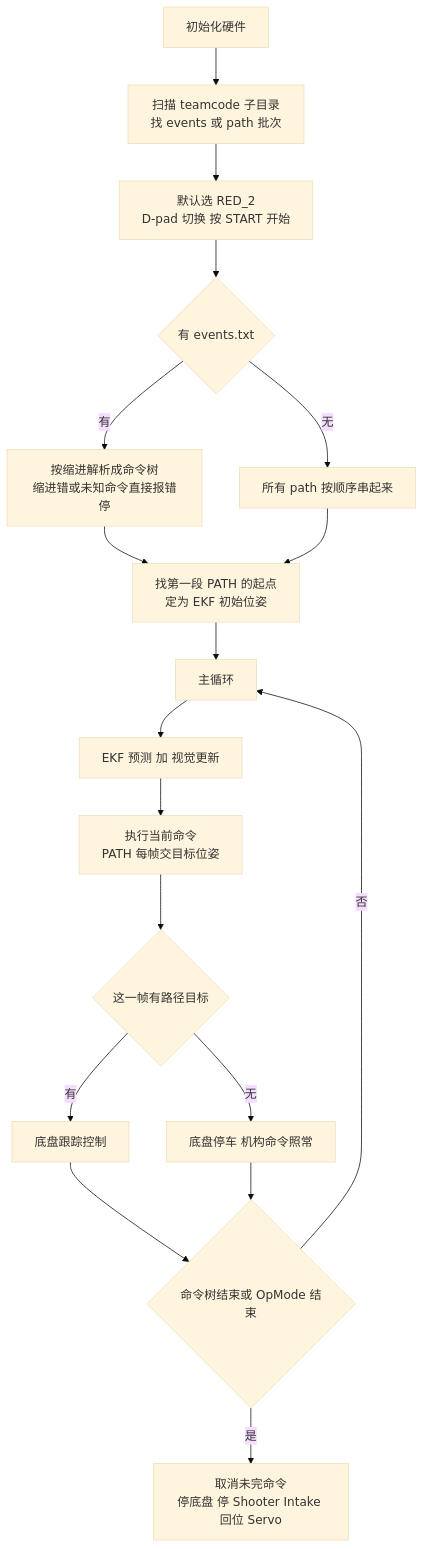
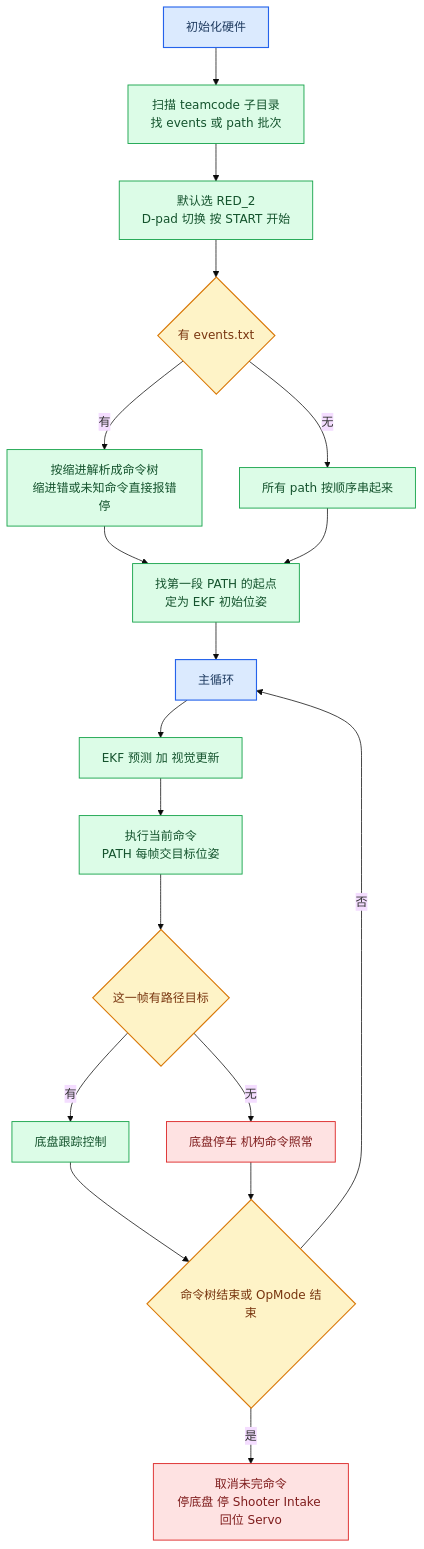
Before and after one commit to Maxxj333/KeystoneFTC-code: the fourth of 5 diagrams in README.md, drawn with Mermaid (base theme). The commit also changed other lines of this file, not shown here.

Commit message:
Colorize Mermaid flowcharts for drive, vision, mechanisms, autonomous and TeleOp

````diff
--- a/README.md
+++ b/README.md
@@ -115,20 +137,28 @@
 ```mermaid
 flowchart TD
     A["初始化硬件"] --> B["扫描 teamcode 子目录<br/>找 events 或 path 批次"]
     B --> C["默认选 RED_2<br/>D-pad 切换 按 START 开始"]
     C --> D{"有 events.txt"}
     D -->|"有"| E["按缩进解析成命令树<br/>缩进错或未知命令直接报错停"]
     D -->|"无"| F["所有 path 按顺序串起来"]
     E --> G["找第一段 PATH 的起点<br/>定为 EKF 初始位姿"]
     F --> G
     G --> H["主循环"]
     H --> I["EKF 预测 加 视觉更新"]
     I --> J["执行当前命令<br/>PATH 每帧交目标位姿"]
     J --> K{"这一帧有路径目标"}
     K -->|"有"| L["底盘跟踪控制"]
     K -->|"无"| M["底盘停车 机构命令照常"]
     L --> N{"命令树结束或 OpMode 结束"}
     M --> N
     N -->|"否"| H
     N -->|"是"| O["取消未完命令<br/>停底盘 停 Shooter Intake 回位 Servo"]
+    classDef start fill:#dbeafe,stroke:#2563eb,stroke-width:1.5px,color:#1e3a5f
+    classDef decision fill:#fef3c7,stroke:#d97706,stroke-width:1.5px,color:#78350f
+    classDef process fill:#dcfce7,stroke:#16a34a,stroke-width:1.2px,color:#14532d
+    classDef stop fill:#fee2e2,stroke:#dc2626,stroke-width:1.2px,color:#7f1d1d
+    class A,H start
+    class D,K,N decision
+    class B,C,E,F,G,I,J,L process
+    class M,O stop
 ```
````
